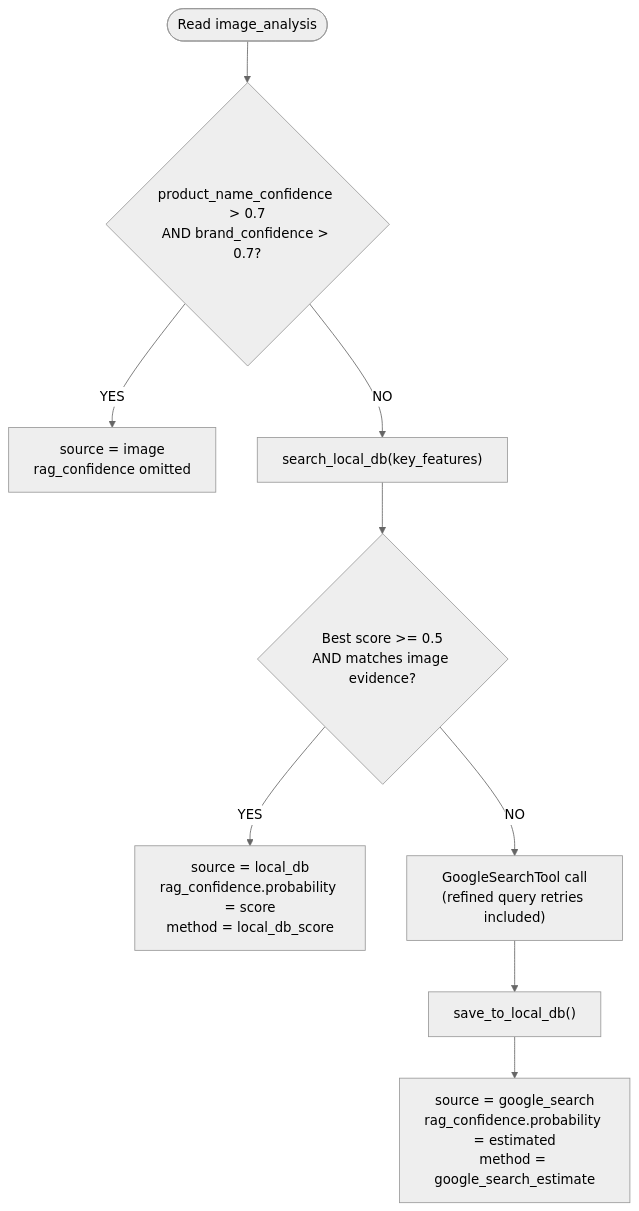
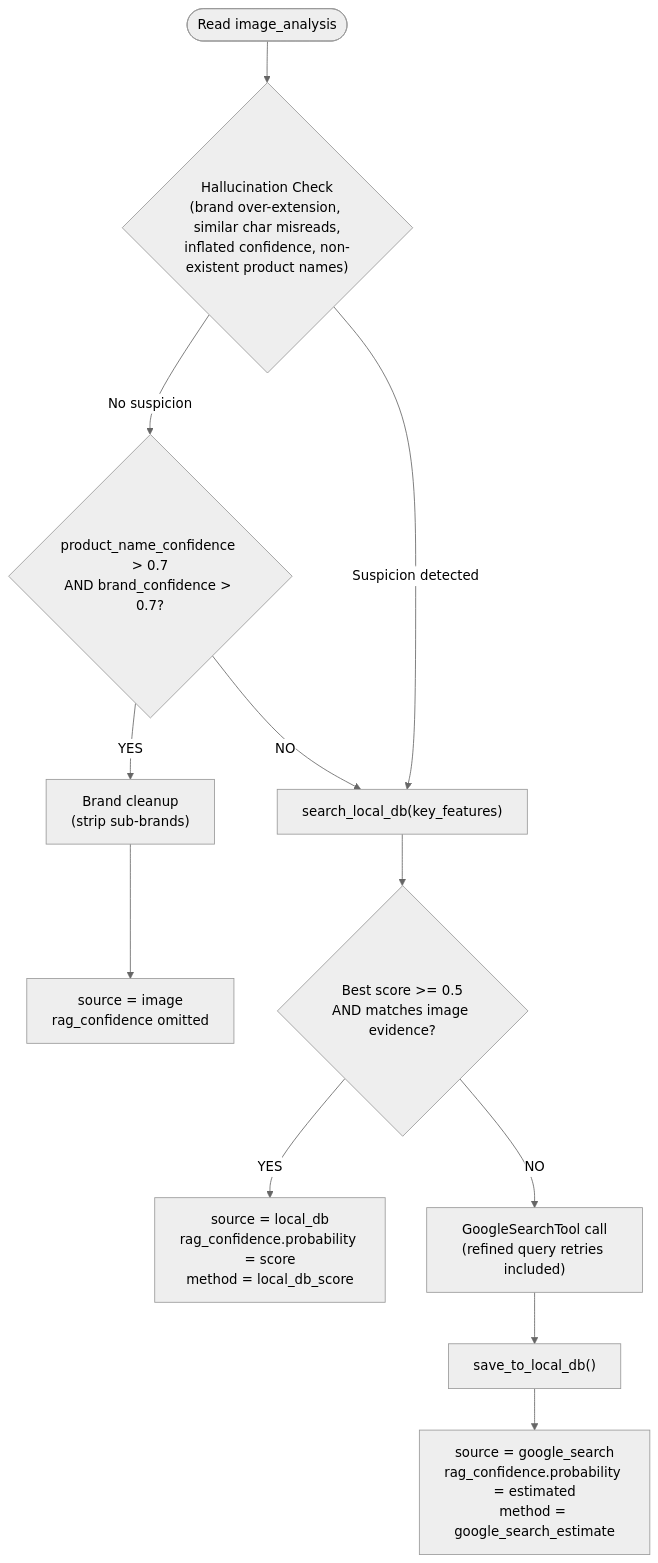
The third of 5 diagrams in ARCHITECTURE_EN.md (ilwoo-park/whatis), drawn with Mermaid (neutral theme) before and after one commit. The commit also changed other lines of this file and 4 other files, not shown here.

````diff
--- a/ARCHITECTURE_EN.md
+++ b/ARCHITECTURE_EN.md
@@ -129,11 +136,14 @@
 ```mermaid
 flowchart TD
-    START(["Read image_analysis"]) --> CHECK{"product_name_confidence > 0.7\nAND brand_confidence > 0.7?"}
-    CHECK -->|YES| SRC_IMAGE["source = image\nrag_confidence omitted"]
+    START(["Read image_analysis"]) --> HALLU{"Hallucination Check\n(brand over-extension, similar char misreads,\ninflated confidence, non-existent product names)"}
+    HALLU -->|"Suspicion detected"| SDB
+    HALLU -->|"No suspicion"| CHECK{"product_name_confidence > 0.7\nAND brand_confidence > 0.7?"}
+    CHECK -->|YES| BRAND_CLEAN["Brand cleanup\n(strip sub-brands)"]
+    BRAND_CLEAN --> SRC_IMAGE["source = image\nrag_confidence omitted"]
     CHECK -->|NO| SDB["search_local_db(key_features)"]
     SDB --> FOUND{"Best score >= 0.5\nAND matches image evidence?"}
     FOUND -->|YES| SRC_LOCAL["source = local_db\nrag_confidence.probability = score\nmethod = local_db_score"]
     FOUND -->|NO| GSEARCH["GoogleSearchTool call\n(refined query retries included)"]
     GSEARCH --> SAVE["save_to_local_db()"]
     SAVE --> SRC_GOOGLE["source = google_search\nrag_confidence.probability = estimated\nmethod = google_search_estimate"]
 ```
````
